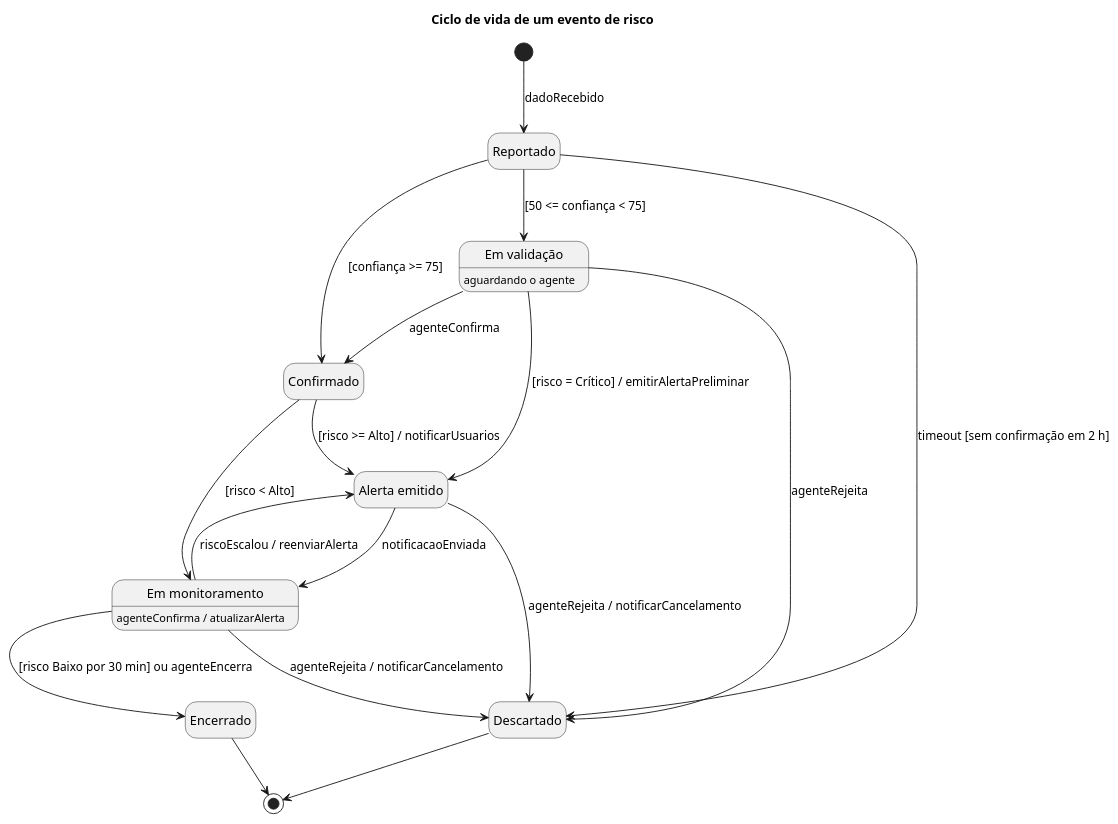
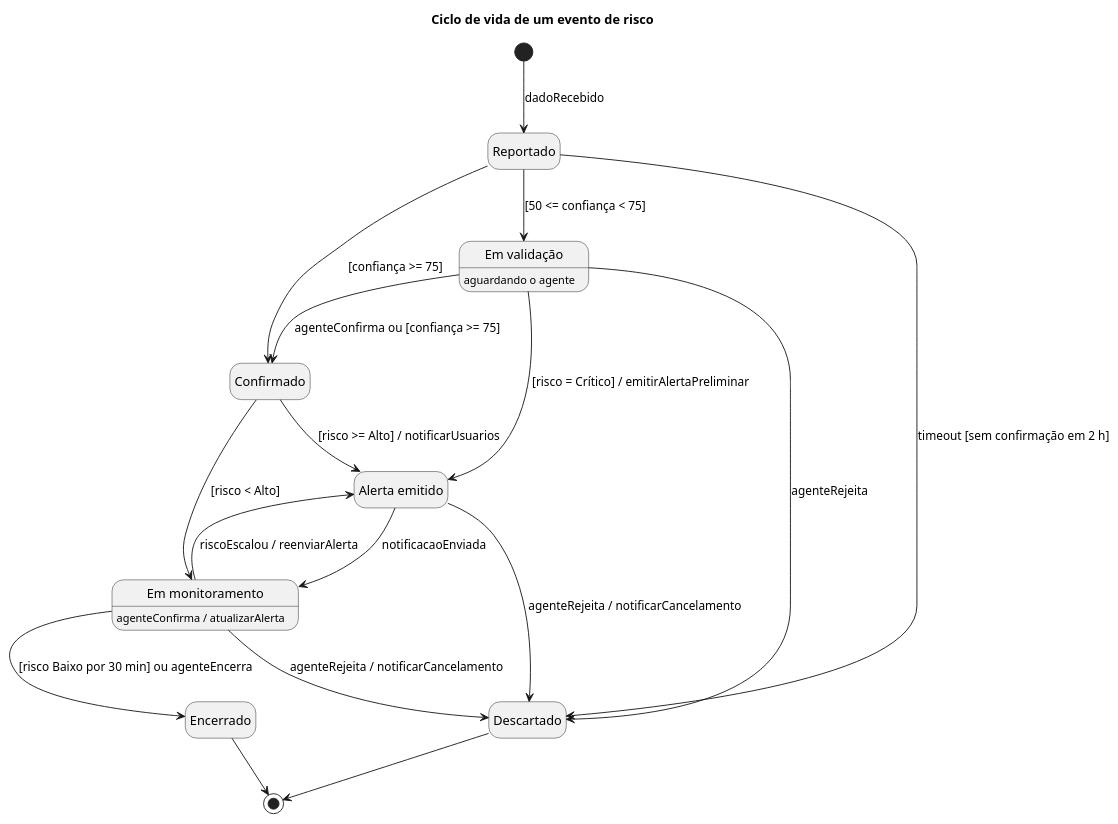
Before and after one commit to IsaacEmerick/urban-risk-platform: the diagram in docs/diagramas/estados.puml, drawn with PlantUML. The commit also changed 8 other files, not shown here.

```diff
--- a/docs/diagramas/estados.puml
+++ b/docs/diagramas/estados.puml
@@ -1,33 +1,33 @@
 @startuml estados
 title Ciclo de vida de um evento de risco
 hide empty description
 state Reportado
 state "Em validação" as EmValidacao
 state Confirmado
 state "Alerta emitido" as AlertaEmitido
 state "Em monitoramento" as EmMonitoramento
 state Encerrado
 state Descartado
 
 ' Em validação = aguardando a decisão do agente (RN02)
 EmValidacao : aguardando o agente
 ' Transição interna: confirma o alerta preliminar e remove a marca "não confirmado"
 EmMonitoramento : agenteConfirma / atualizarAlerta
 
 [*] --> Reportado : dadoRecebido
 Reportado --> Confirmado : [confiança >= 75]
 Reportado --> EmValidacao : [50 <= confiança < 75]
 Reportado --> Descartado : timeout [sem confirmação em 2 h]
-EmValidacao --> Confirmado : agenteConfirma
+EmValidacao --> Confirmado : agenteConfirma ou [confiança >= 75]
 EmValidacao --> AlertaEmitido : [risco = Crítico] / emitirAlertaPreliminar
 EmValidacao --> Descartado : agenteRejeita
 Confirmado --> AlertaEmitido : [risco >= Alto] / notificarUsuarios
 Confirmado --> EmMonitoramento : [risco < Alto]
 AlertaEmitido --> EmMonitoramento : notificacaoEnviada
 AlertaEmitido --> Descartado : agenteRejeita / notificarCancelamento
 EmMonitoramento --> AlertaEmitido : riscoEscalou / reenviarAlerta
 EmMonitoramento --> Descartado : agenteRejeita / notificarCancelamento
 EmMonitoramento --> Encerrado : [risco Baixo por 30 min] ou agenteEncerra
 Encerrado --> [*]
 Descartado --> [*]
 @enduml
```
